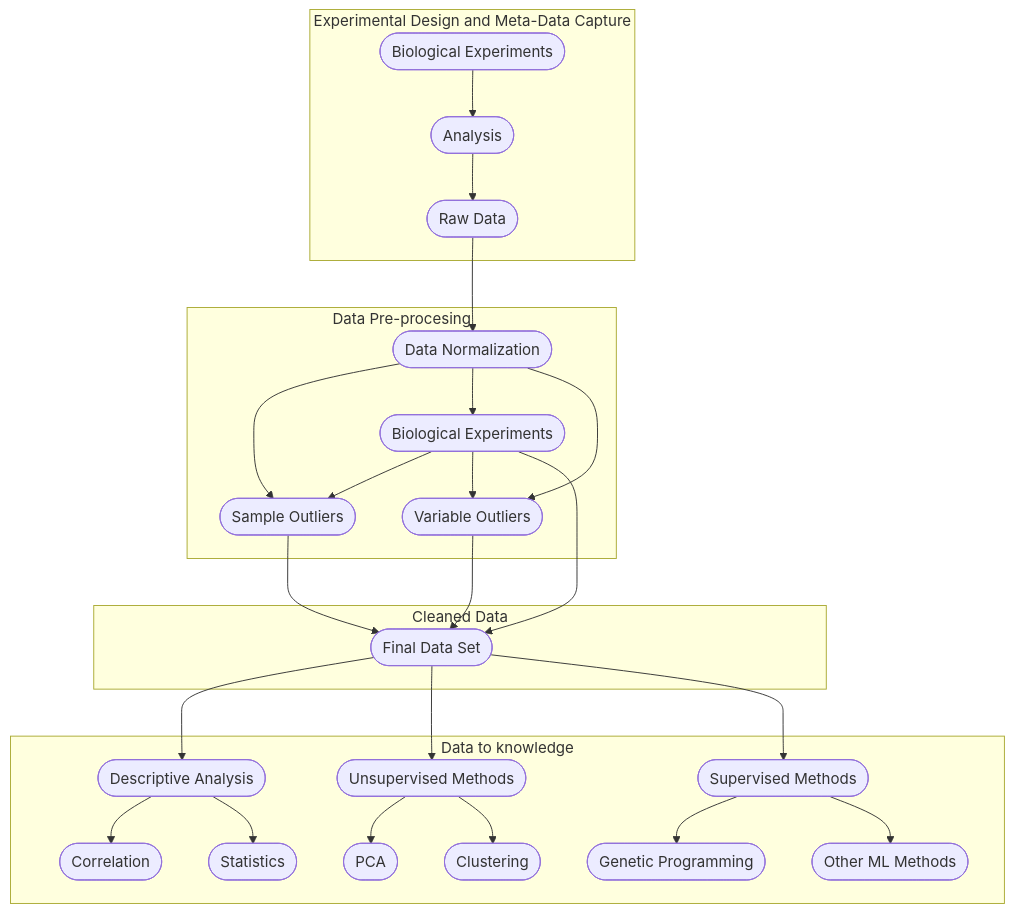
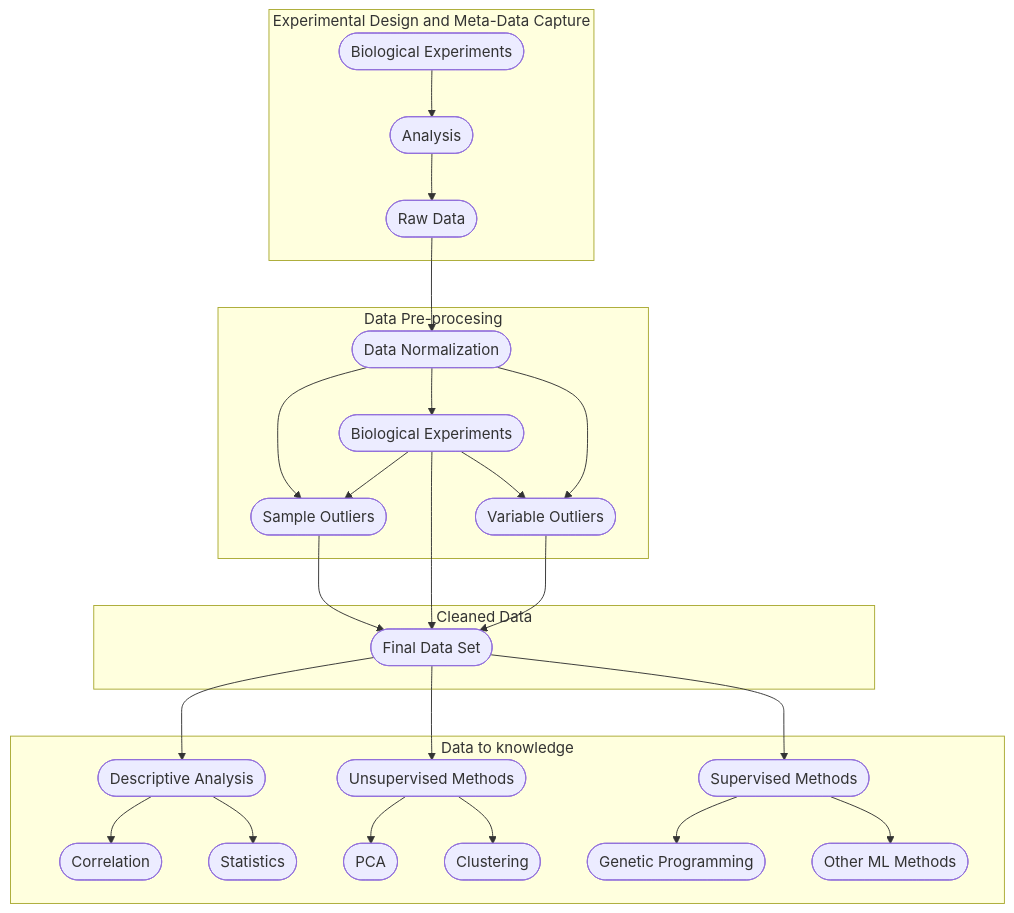
Before and after one commit to imarranz/data-science-workflow-management: the second of 2 diagrams in README.md, drawn with Mermaid. The commit also changed other lines of this file, not shown here.

````diff
--- a/README.md
+++ b/README.md
@@ -382,32 +382,32 @@
 ```mermaid
 flowchart TB
  subgraph D["Data to knowledge"]
    D1(["Descriptive Analysis"]) --> D11(["Correlation"])
    D1(["Descriptive Analysis"]) --> D12(["Statistics"])
    D2(["Unsupervised Methods"]) --> D21(["PCA"])
    D2(["Unsupervised Methods"]) --> D22(["Clustering"])
    D3(["Supervised Methods"]) --> D31(["Genetic Programming"])
    D3(["Supervised Methods"]) --> D32(["Other ML Methods"])
  end
  subgraph C["Cleaned Data"]
    C1(["Final Data Set"])
    C1(["Final Data Set"]) --> D1(["Descriptive Analysis"])
    C1(["Final Data Set"]) --> D2(["Unsupervised Methods"])
    C1(["Final Data Set"]) --> D3(["Supervised Methods"])
  end 
  subgraph B["Data Pre-procesing"]
    B1(["Data Normalization"]) --> B2(["Sample Outliers"])
    B1(["Data Normalization"]) --> B3(["Biological Experiments"])
    B1(["Data Normalization"]) --> B4(["Variable Outliers"])
    B3(["Biological Experiments"]) --> B2(["Sample Outliers"])
+   B3(["Biological Experiments"]) --> C1(["Final Data Set"])
    B3(["Biological Experiments"]) --> B4(["Variable Outliers"])
-   B3(["Biological Experiments"]) --> C1(["Final Data Set"])
    B2(["Sample Outliers"]) --> C1(["Final Data Set"])
    B4(["Variable Outliers"]) --> C1(["Final Data Set"])
  end 
  subgraph A["Experimental Design and Meta-Data Capture"]
    A1(["Biological Experiments"]) --> A2(["Analysis"])
    A2(["Analysis"]) --> A3(["Raw Data"])
    A3(["Raw Data"]) --> B1(["Data Normalization"])
  end 
 ```
````
